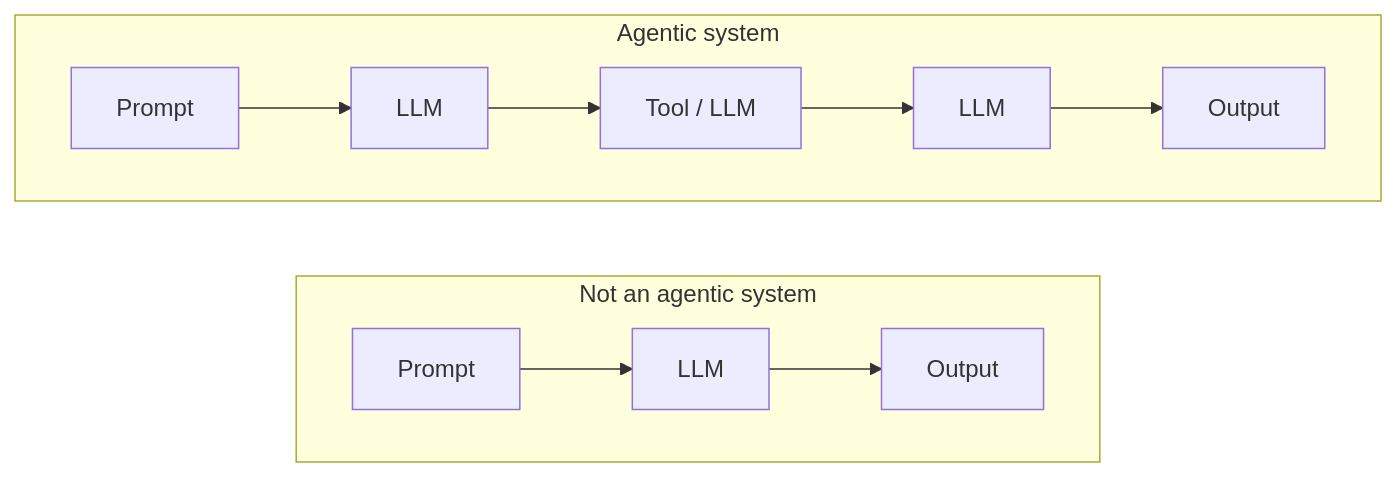
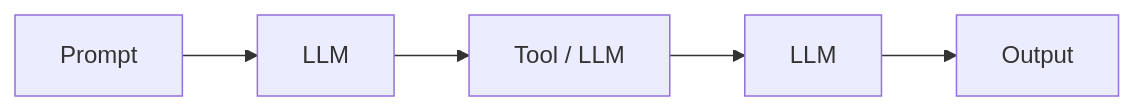
Before and after one commit to averagejoeslab/agenteng: the first of 8 diagrams in agentic-engineering/lessons/00-what-is-agentic-engineering/README.md, drawn with Mermaid. The commit also changed other lines of this file, not shown here.

Commit message:
docs(lesson 0): Section 2 states only what agentic systems are
Section 2 is a setup for Section 3 ("Types of agentic systems"). Its
job is to plainly and broadly say what agentic systems ARE, not to
contrast them with what they aren't.

- Drop the boundary sentence ("A single prompt-response is not an
  agentic system. Multiple coordinated LLM calls are.")
- Drop the "NotAgentic" subgraph from the diagram; keep only the
  agentic flow
- Remove the Agentic subgraph wrapper since the section heading
  already labels it

The section now reads: bold positive definition + a sentence on how
it works + one diagram showing an agentic flow.

````diff
--- a/agentic-engineering/lessons/00-what-is-agentic-engineering/README.md
+++ b/agentic-engineering/lessons/00-what-is-agentic-engineering/README.md
@@ -26,14 +24,7 @@
 ```mermaid
 flowchart LR
-    subgraph NotAgentic["Not an agentic system"]
-        direction LR
-        N1[Prompt] --> N2[LLM] --> N3[Output]
-    end
-    subgraph Agentic["Agentic system"]
-        direction LR
-        A1[Prompt] --> A2[LLM]
-        A2 --> A3[Tool / LLM]
-        A3 --> A4[LLM]
-        A4 --> A5[Output]
-    end
+    A1[Prompt] --> A2[LLM]
+    A2 --> A3[Tool / LLM]
+    A3 --> A4[LLM]
+    A4 --> A5[Output]
 ```
````
